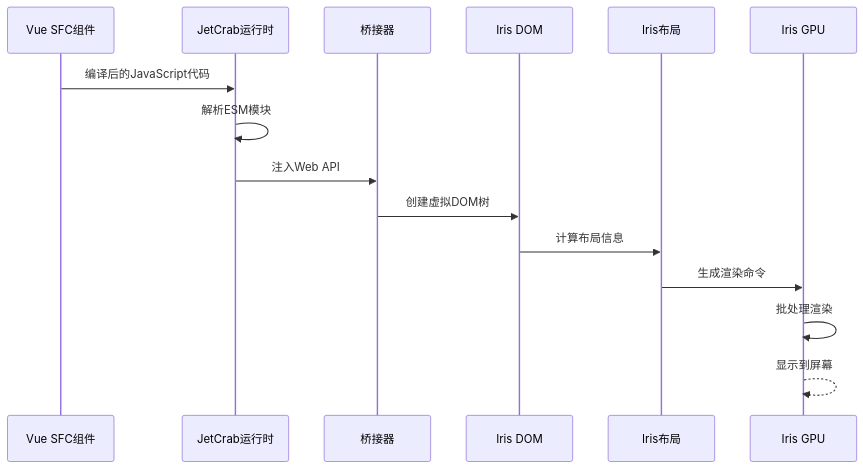
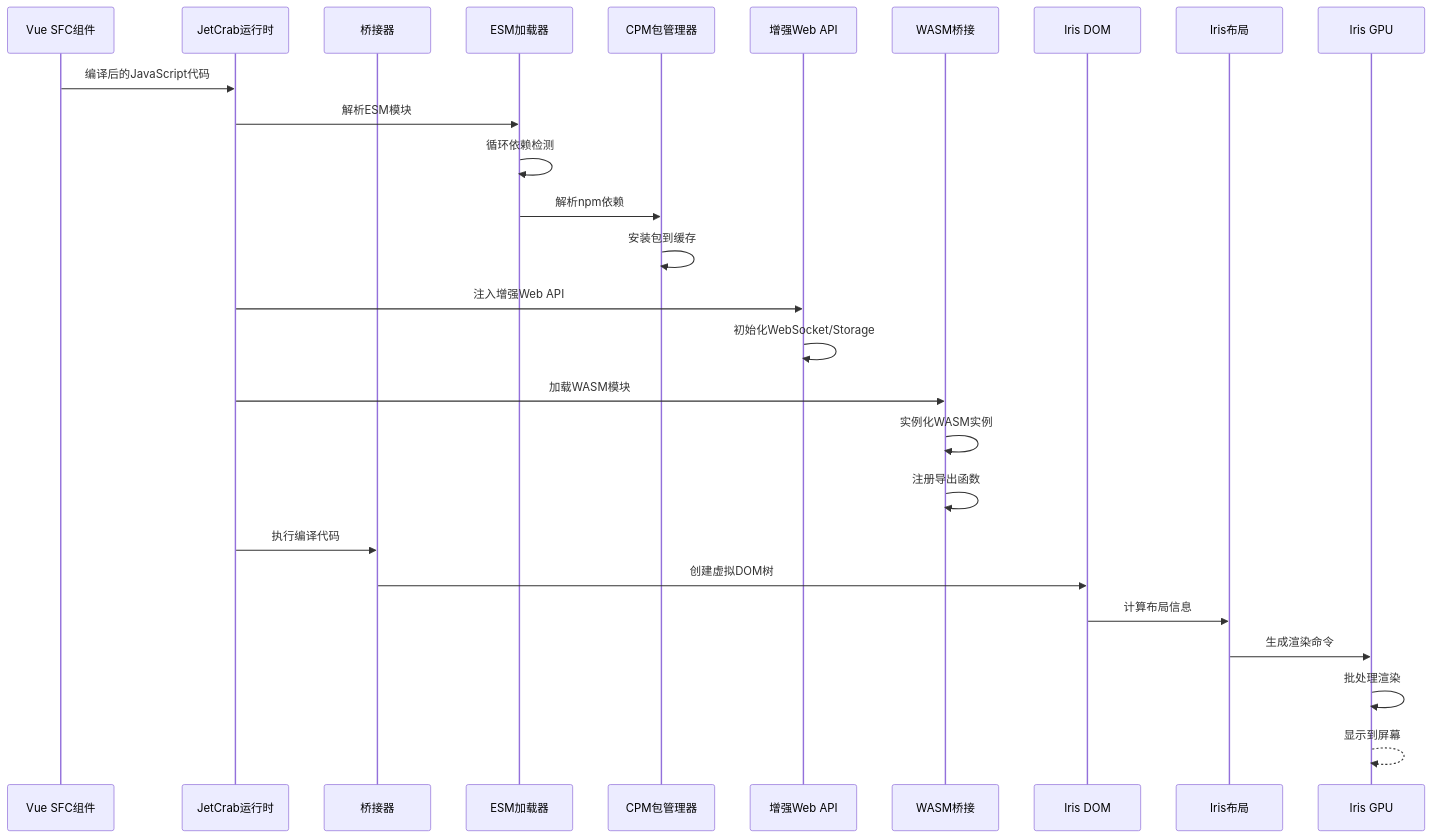
Before and after one commit to itszzl-sudo/iris: the eighth of 22 diagrams in .qoder/repowiki/zh/content/技术架构详解/JS沙箱运行时/Iris-JetCrab运行时.md, drawn with Mermaid. The commit also changed other lines of this file and 12 other files, not shown here.

````diff
--- a/.qoder/repowiki/zh/content/技术架构详解/JS沙箱运行时/Iris-JetCrab运行时.md
+++ b/.qoder/repowiki/zh/content/技术架构详解/JS沙箱运行时/Iris-JetCrab运行时.md
@@ -280,17 +494,29 @@
 ```mermaid
 sequenceDiagram
 participant SFC as Vue SFC组件
 participant JC as JetCrab运行时
 participant BR as 桥接器
+participant ESM as ESM加载器
+participant CPM as CPM包管理器
+participant WAPI as 增强Web API
+participant WASM as WASM桥接
 participant DOM as Iris DOM
 participant LYT as Iris布局
 participant GPU as Iris GPU
 SFC->>JC : 编译后的JavaScript代码
-JC->>JC : 解析ESM模块
-JC->>BR : 注入Web API
+JC->>ESM : 解析ESM模块
+ESM->>ESM : 循环依赖检测
+ESM->>CPM : 解析npm依赖
+CPM->>CPM : 安装包到缓存
+JC->>WAPI : 注入增强Web API
+WAPI->>WAPI : 初始化WebSocket/Storage
+JC->>WASM : 加载WASM模块
+WASM->>WASM : 实例化WASM实例
+WASM->>WASM : 注册导出函数
+JC->>BR : 执行编译代码
 BR->>DOM : 创建虚拟DOM树
 DOM->>LYT : 计算布局信息
 LYT->>GPU : 生成渲染命令
 GPU->>GPU : 批处理渲染
 GPU-->>GPU : 显示到屏幕
 ```
````
